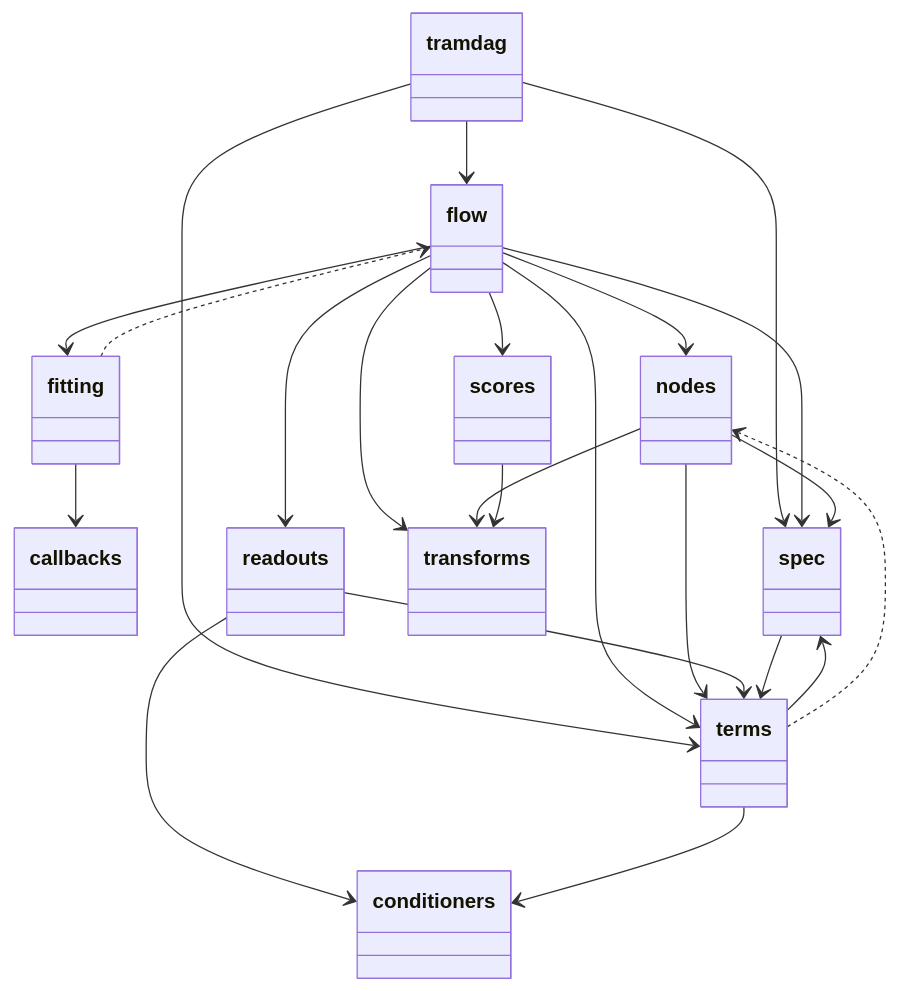
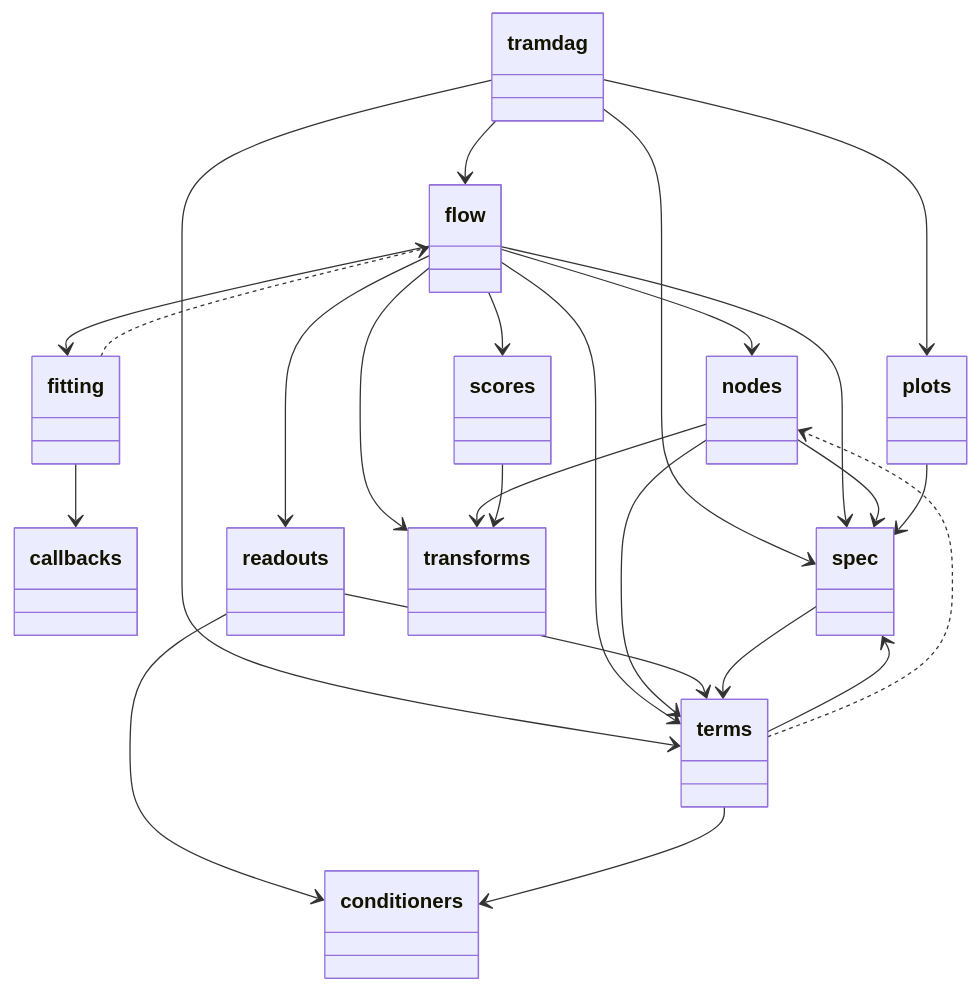
One commit to tensorchiefs/tramdag changed the third of 6 diagrams in docs/architecture.md. Above: the diagram before and after it, drawn with Mermaid. The commit also changed other lines of this file and 11 other files, not shown here.

First line of the commit message:
feat: tramdag.plots — plot_dag, plot_marginals, plot_training

````diff
--- a/docs/architecture.md
+++ b/docs/architecture.md
@@ -123,47 +125,51 @@
 ```mermaid
 classDiagram
   class tramdag {
   }
   class callbacks {
   }
   class conditioners {
   }
   class fitting {
   }
   class flow {
   }
   class nodes {
   }
+  class plots {
+  }
   class readouts {
   }
   class scores {
   }
   class spec {
   }
   class terms {
   }
   class transforms {
   }
   tramdag --> flow
+  tramdag --> plots
   tramdag --> spec
   tramdag --> terms
   fitting --> callbacks
   flow --> fitting
   flow --> nodes
   flow --> readouts
   flow --> scores
   flow --> spec
   flow --> terms
   flow --> transforms
   nodes --> spec
   nodes --> terms
   nodes --> transforms
+  plots --> spec
   readouts --> conditioners
   readouts --> terms
   scores --> transforms
   spec --> terms
   terms --> conditioners
   terms --> spec
   fitting ..> flow
   terms ..> nodes
 ```
````
